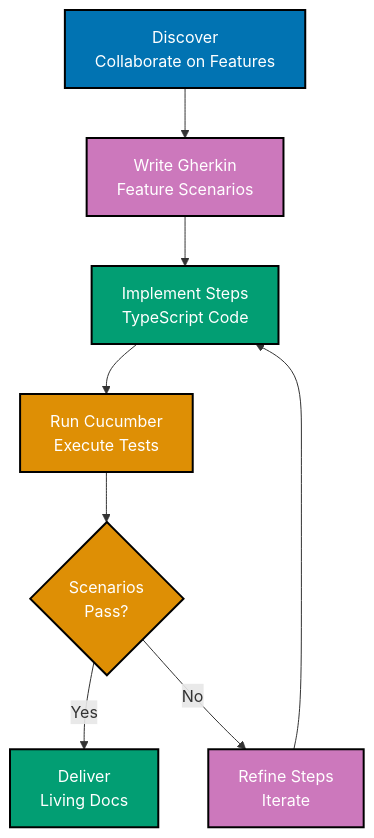
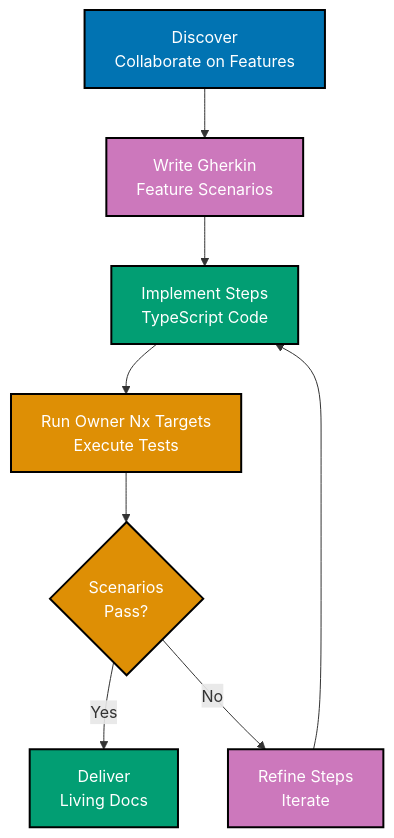
One commit to wahidyankf/open-sharia-fintech changed the first of 4 diagrams in docs/explanation/software-engineering/programming-languages/typescript/behaviour-driven-development.md. Above: the diagram before and after it, drawn with Mermaid. The commit also changed other lines of this file and 2403 other files, not shown here.

````diff
--- a/docs/explanation/software-engineering/programming-languages/typescript/behaviour-driven-development.md
+++ b/docs/explanation/software-engineering/programming-languages/typescript/behaviour-driven-development.md
@@ -39,24 +43,24 @@
 ```mermaid
 %% Color Palette: Blue #0173B2, Orange #DE8F05, Teal #029E73, Purple #CC78BC, Brown #CA9161
 graph TD
     A["Discover<br/>Collaborate on Features"]:::blue
     B["Write Gherkin<br/>Feature Scenarios"]:::purple
     C["Implement Steps<br/>TypeScript Code"]:::teal
-    D["Run Cucumber<br/>Execute Tests"]:::orange
+    D["Run Owner Nx Targets<br/>Execute Tests"]:::orange
     E{"Scenarios<br/>Pass?"}:::orange
     F["Deliver<br/>Living Docs"]:::teal
     G["Refine Steps<br/>Iterate"]:::purple
 
     A --> B
     B --> C
     C --> D
     D --> E
     E -->|Yes| F
     E -->|No| G
     G --> C
 
     classDef blue fill:#0173B2,stroke:#000000,color:#FFFFFF,stroke-width:2px
     classDef orange fill:#DE8F05,stroke:#000000,color:#FFFFFF,stroke-width:2px
     classDef teal fill:#029E73,stroke:#000000,color:#FFFFFF,stroke-width:2px
     classDef purple fill:#CC78BC,stroke:#000000,color:#FFFFFF,stroke-width:2px
 ```
````
